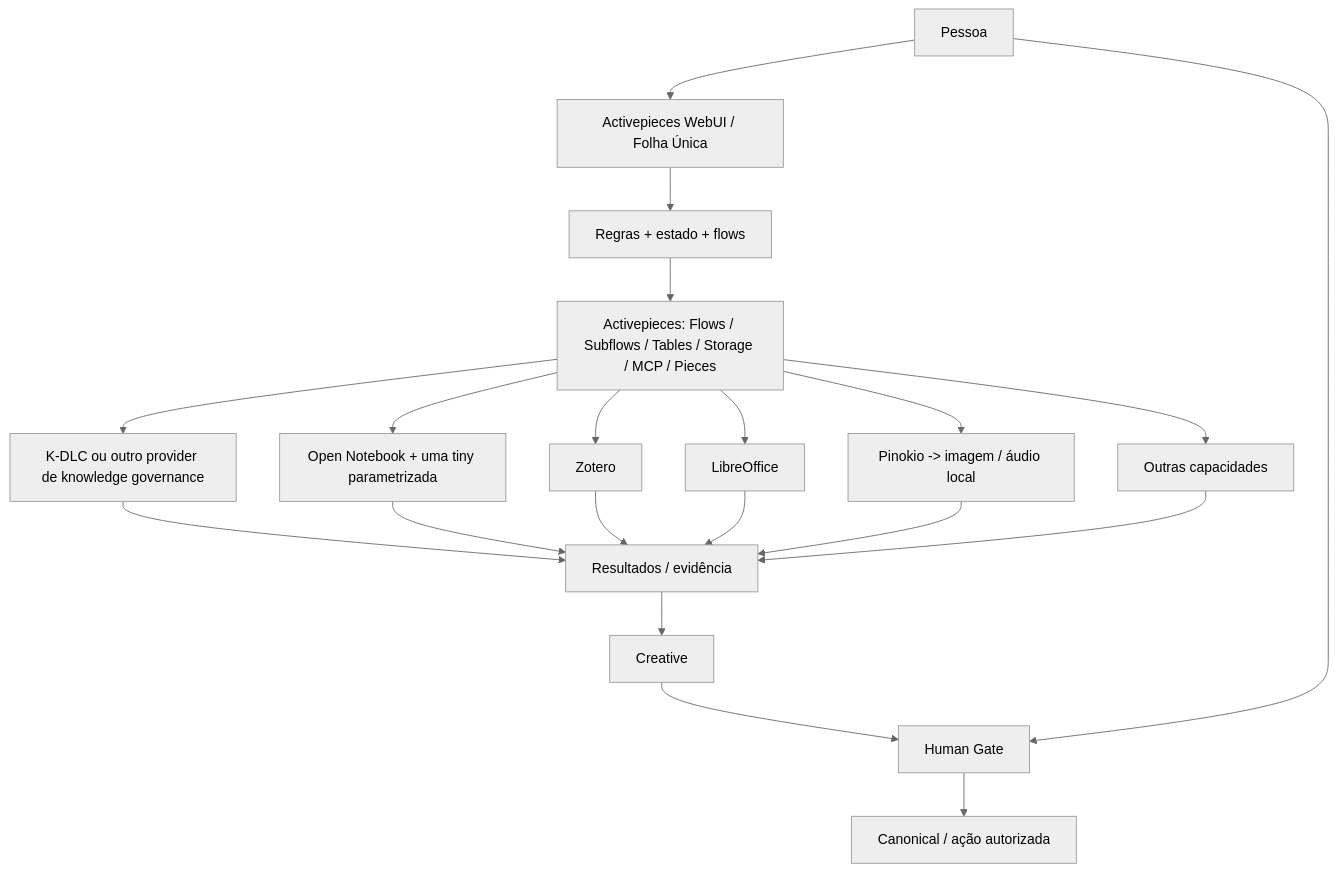
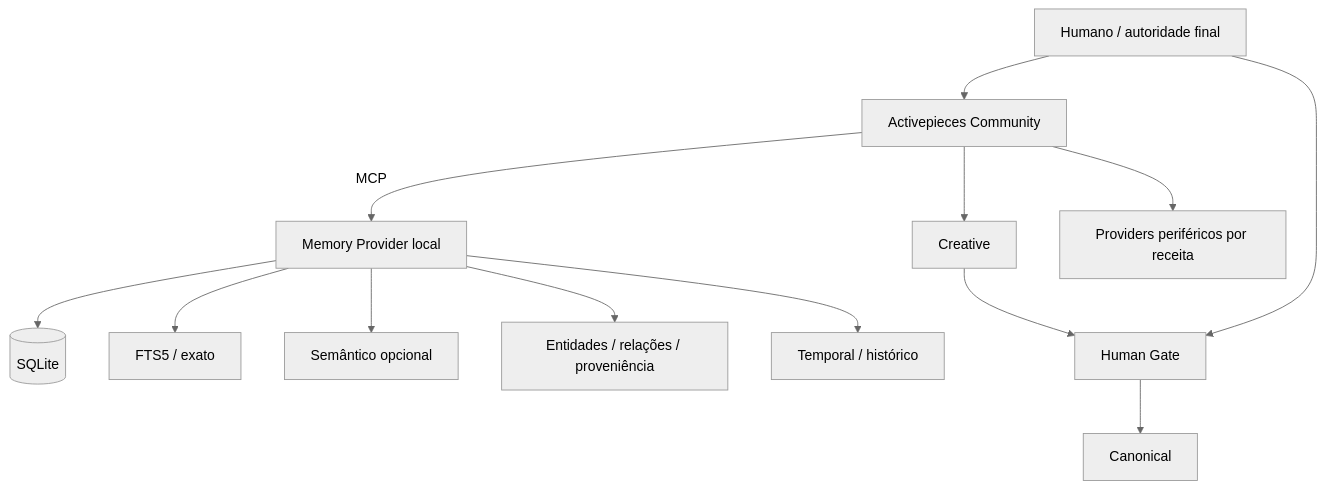
One commit to PAPACREATOR/cerebro-parvo- changed the diagram in CEREBRO_ARCHITECTURE.md. Above: the diagram before and after it, drawn with Mermaid (neutral theme). The commit also changed other lines of this file, not shown here.

Commit message:
docs: consolidate two-block architecture and memory provider evaluation

````diff
--- a/CEREBRO_ARCHITECTURE.md
+++ b/CEREBRO_ARCHITECTURE.md
@@ -5,22 +9,15 @@
 ```mermaid
 flowchart TD
- P[Pessoa] --> UI[Activepieces WebUI / Folha Única]
- UI --> R[Regras + estado + flows]
- R --> AP[Activepieces: Flows / Subflows / Tables / Storage / MCP / Pieces]
- AP --> KG[K-DLC ou outro provider de knowledge governance]
- AP --> ON[Open Notebook + uma tiny parametrizada]
- AP --> Z[Zotero]
- AP --> LO[LibreOffice]
- AP --> PK[Pinokio -> imagem / áudio local]
- AP --> O[Outras capacidades]
- KG --> U[Resultados / evidência]
- ON --> U
- Z --> U
- LO --> U
- PK --> U
- O --> U
- U --> CR[Creative]
- CR --> H[Human Gate]
- P --> H
- H --> CA[Canonical / ação autorizada]
+ P[Humano / autoridade final] --> AP[Activepieces Community]
+ AP -->|MCP| MP[Memory Provider local]
+ MP --> DB[(SQLite)]
+ MP --> EX[FTS5 / exato]
+ MP --> SE[Semântico opcional]
+ MP --> RE[Entidades / relações / proveniência]
+ MP --> TE[Temporal / histórico]
+ AP --> CR[Creative]
+ CR --> HG[Human Gate]
+ P --> HG
+ HG --> CA[Canonical]
+ AP --> PR[Providers periféricos por receita]
 ```
````
